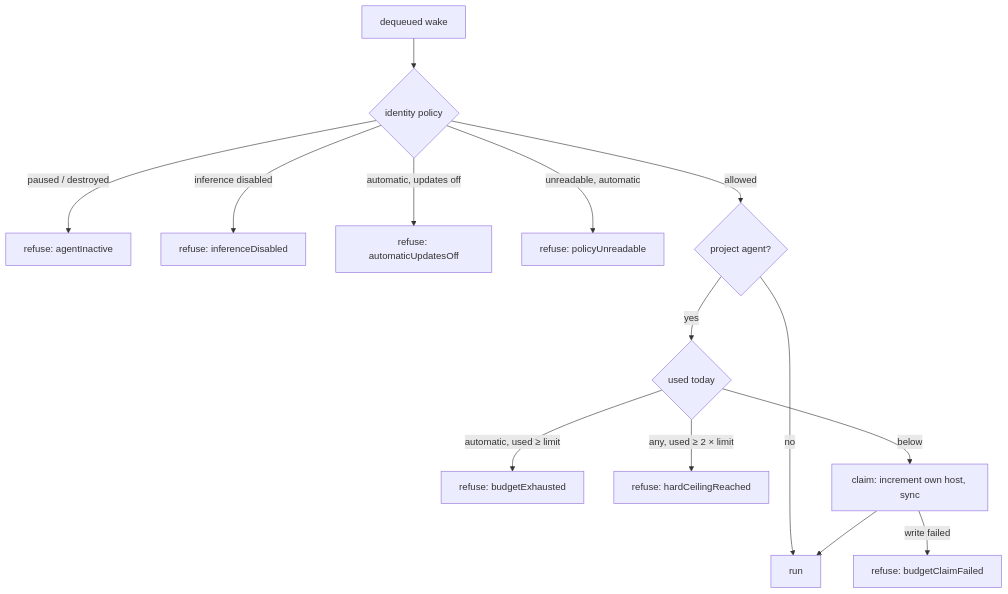
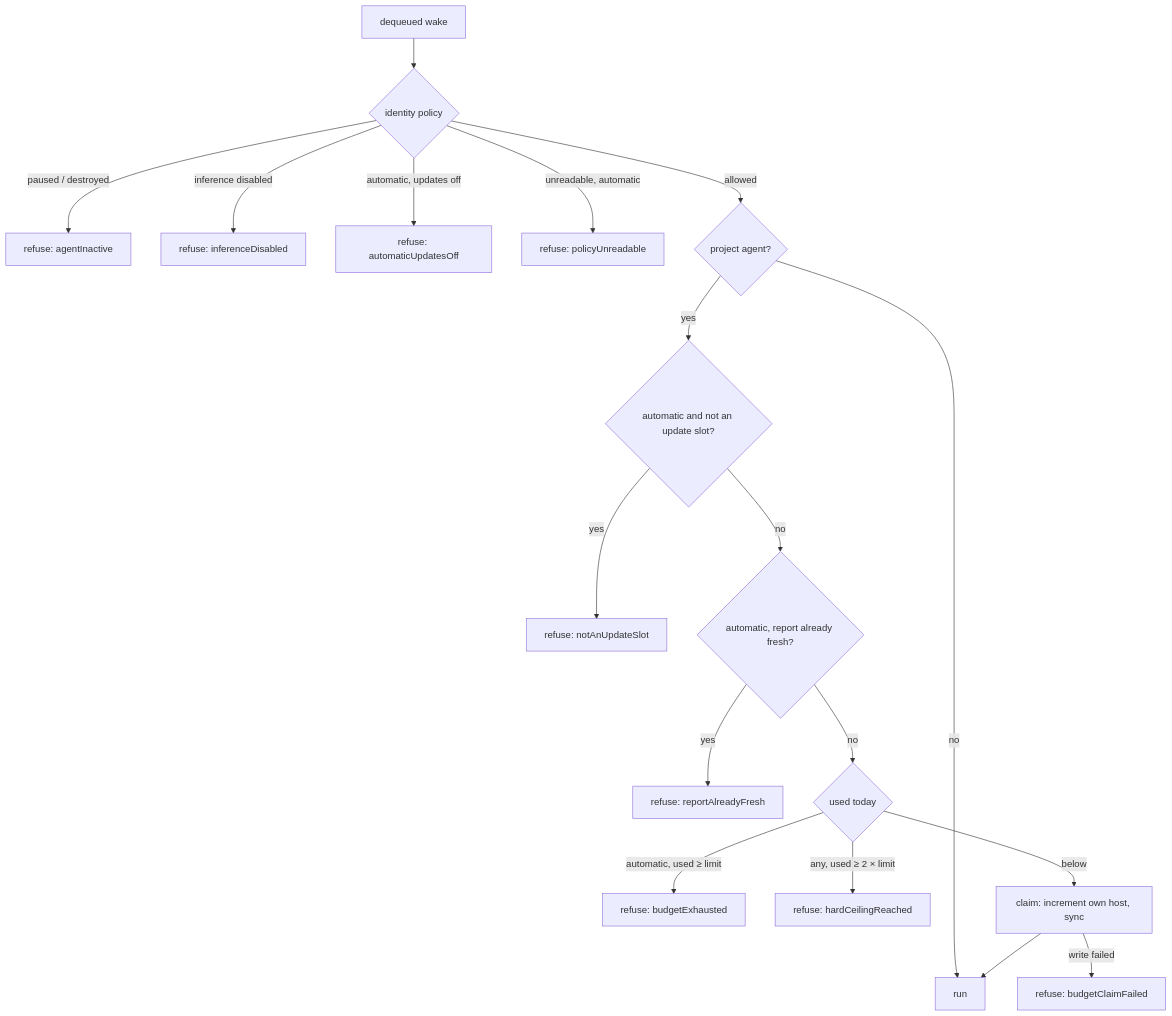
Before and after one commit to matthiasn/lotti: the second of 5 diagrams in knowledge/features/agents/wake-orchestration.md, drawn with Mermaid. The commit also changed other lines of this file and 109 other files, not shown here.

````diff
--- a/knowledge/features/agents/wake-orchestration.md
+++ b/knowledge/features/agents/wake-orchestration.md
@@ -404,16 +390,20 @@
 ```mermaid
 flowchart TD
   Job["dequeued wake"] --> Identity{"identity policy"}
   Identity -->|"paused / destroyed"| Inactive["refuse: agentInactive"]
   Identity -->|"inference disabled"| Disabled["refuse: inferenceDisabled"]
   Identity -->|"automatic, updates off"| Off["refuse: automaticUpdatesOff"]
   Identity -->|"unreadable, automatic"| Unreadable["refuse: policyUnreadable"]
   Identity -->|"allowed"| Kind{"project agent?"}
   Kind -->|"no"| Run["run"]
-  Kind -->|"yes"| Used{"used today"}
+  Kind -->|"yes"| Slot{"automatic and not an update slot?"}
+  Slot -->|"yes"| NotSlot["refuse: notAnUpdateSlot"]
+  Slot -->|"no"| Fresh{"automatic, report already fresh?"}
+  Fresh -->|"yes"| AlreadyFresh["refuse: reportAlreadyFresh"]
+  Fresh -->|"no"| Used{"used today"}
   Used -->|"automatic, used ≥ limit"| Exhausted["refuse: budgetExhausted"]
   Used -->|"any, used ≥ 2 × limit"| Ceiling["refuse: hardCeilingReached"]
   Used -->|"below"| Claim["claim: increment own host, sync"]
   Claim -->|"write failed"| ClaimFailed["refuse: budgetClaimFailed"]
   Claim --> Run
 ```
````
